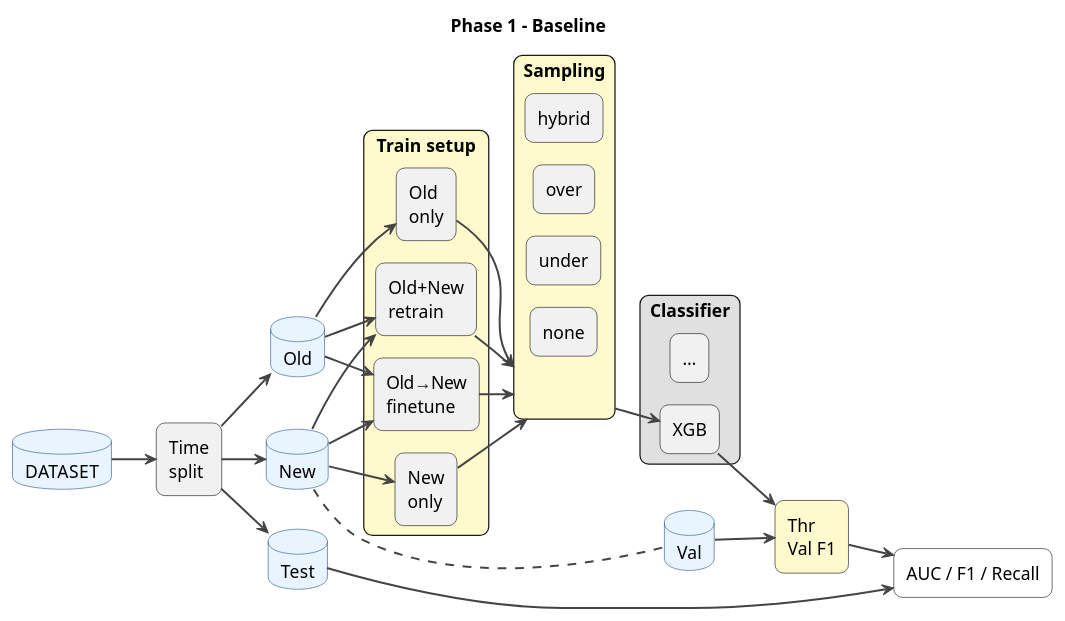
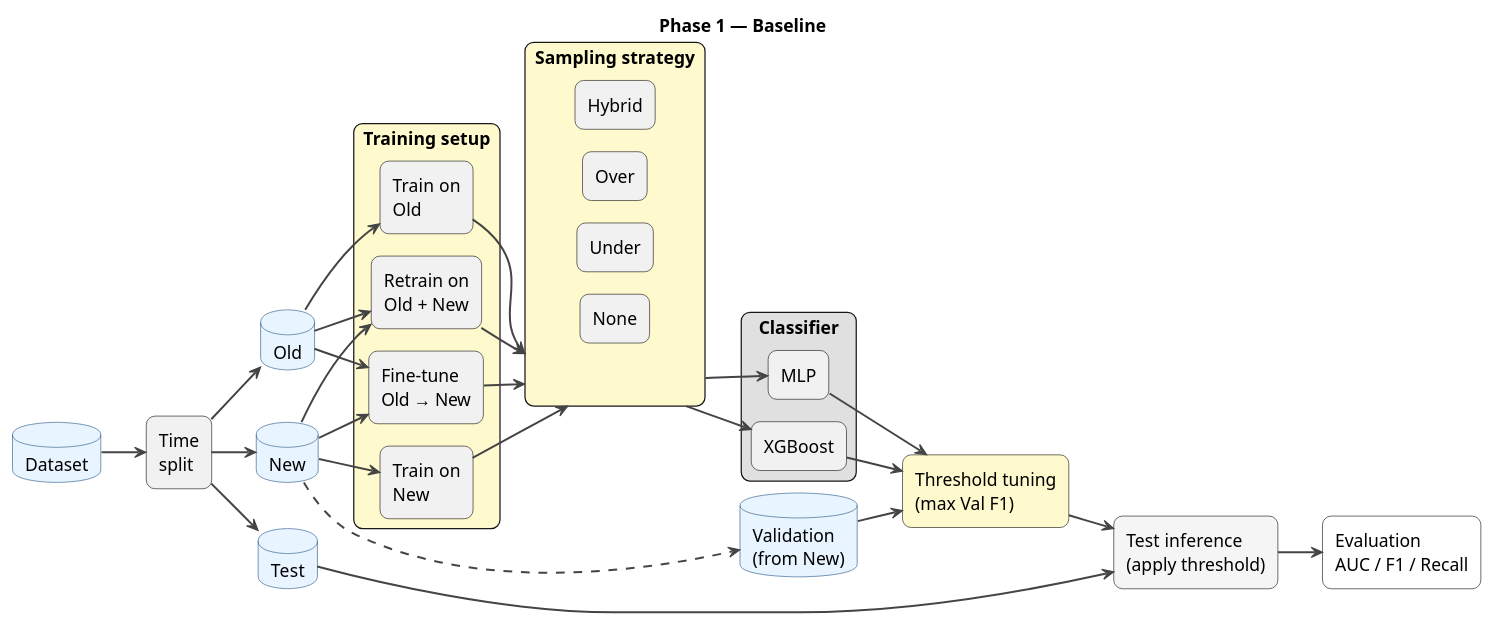
One commit to BoBoJhong/Continual-Imbalance-Ensemble changed the diagram in UML/baseline_flow.puml. Above: the diagram before and after it, drawn with PlantUML. The commit also changed 5 other files, not shown here.

```diff
--- a/UML/baseline_flow.puml
+++ b/UML/baseline_flow.puml
@@ -1,88 +1,94 @@
 @startuml
 !pragma layout smetana
 
-title Phase 1 - Baseline
+title Phase 1 — Baseline
 
 left to right direction
 skinparam shadowing false
 skinparam defaultFontName "Segoe UI"
 skinparam linetype ortho
 skinparam nodesep 70
 skinparam ranksep 72
 skinparam ArrowThickness 1.6
 skinparam ArrowColor #444444
 skinparam packageStyle rectangle
 skinparam rectangle {
   roundCorner 14
 }
 skinparam database {
   BackgroundColor #E8F4FF
   BorderColor #2E5A88
 }
 
-database "DATASET" as DS
+database "Dataset" as DS
 rectangle "Time\nsplit" as CUT
 DS --> CUT
 
 database "Old" as OLD
 database "New" as NEW
 database "Test" as TE
 
 CUT --> OLD
 CUT --> NEW
 CUT --> TE
 
-package "Train setup" as PKG_B #FFFACD {
-  rectangle "Old\nonly" as B1
-  rectangle "New\nonly" as B2
-  rectangle "Old+New\nretrain" as B3
-  rectangle "Old→New\nfinetune" as B4
+package "Training setup" as PKG_B #FFFACD {
+  rectangle "Train on\nOld" as B1
+  rectangle "Train on\nNew" as B2
+  rectangle "Retrain on\nOld + New" as B3
+  rectangle "Fine-tune\nOld → New" as B4
 }
 
 B1 -[hidden]right- B2
 B2 -[hidden]right- B3
 B3 -[hidden]right- B4
 
 OLD --> B1
 NEW --> B2
 OLD --> B3
 NEW --> B3
 OLD --> B4
 NEW --> B4
 
-package "Sampling" as PKG_S #FFFACD {
-  rectangle "none" as S0
-  rectangle "under" as S1
-  rectangle "over" as S2
-  rectangle "hybrid" as S3
+package "Sampling strategy" as PKG_S #FFFACD {
+  rectangle "None" as S0
+  rectangle "Under" as S1
+  rectangle "Over" as S2
+  rectangle "Hybrid" as S3
 }
 
 S0 -[hidden]right- S1
 S1 -[hidden]right- S2
 S2 -[hidden]right- S3
 
 package "Classifier" as PKG_C #E0E0E0 {
-  rectangle "XGB" as XGB
-  rectangle "…" as MORE
+  rectangle "XGBoost" as XGB
+  rectangle "MLP" as MLP
 }
 
-XGB -[hidden]right- MORE
+XGB -[hidden]right- MLP
 
-rectangle "Thr\nVal F1" as THR #FFFACD
+rectangle "Threshold tuning\n(max Val F1)" as THR #FFFACD
+rectangle "Test inference\n(apply threshold)" as INF #F5F5F5
+rectangle "Evaluation\nAUC / F1 / Recall" as OUT #FFFFFF
+
+database "Validation\n(from New)" as VAL
 
 B1 --> PKG_S
 B2 --> PKG_S
 B3 --> PKG_S
 B4 --> PKG_S
+
 PKG_S --> XGB
+PKG_S --> MLP
+
 XGB --> THR
+MLP --> THR
 
-database "Val" as VAL
-NEW .. VAL
+NEW ..> VAL
 VAL --> THR
 
-rectangle "AUC / F1 / Recall" as OUT #FFFFFF
-TE --> OUT
-THR --> OUT
-
+THR --> INF
+TE --> INF
+INF --> OUT
 @enduml
```
